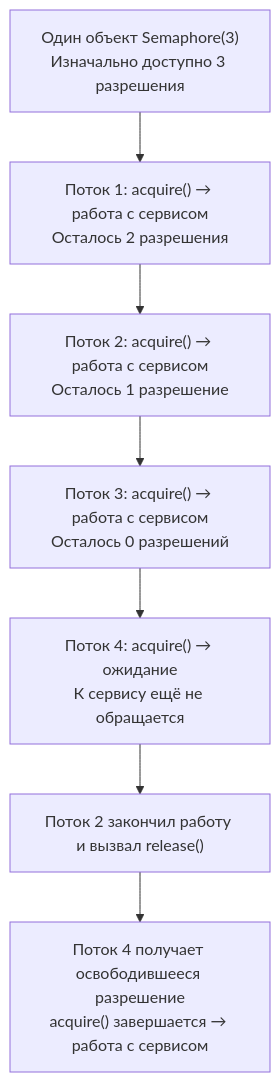
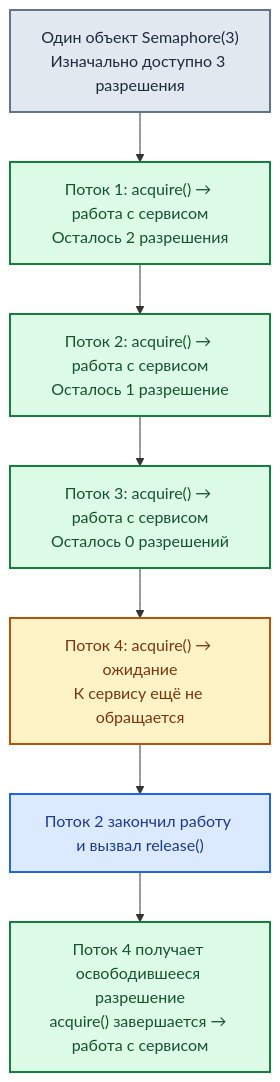
The diagram in knowledge/03-concurrency/semaphore.md (Melchiorius/backend-interview-labs), drawn with Mermaid before and after one commit. The commit also changed other lines of this file, not shown here.

Commit message:
docs: color Semaphore flowchart with four semantic Mermaid classes

````diff
--- a/knowledge/03-concurrency/semaphore.md
+++ b/knowledge/03-concurrency/semaphore.md
@@ -31,10 +31,20 @@
 ```mermaid
 flowchart TB
     A["Один объект Semaphore(3)<br/>Изначально доступно 3 разрешения"]
     A --> B["Поток 1: acquire() → работа с сервисом<br/>Осталось 2 разрешения"]
     B --> C["Поток 2: acquire() → работа с сервисом<br/>Осталось 1 разрешение"]
     C --> D["Поток 3: acquire() → работа с сервисом<br/>Осталось 0 разрешений"]
     D --> E["Поток 4: acquire() → ожидание<br/>К сервису ещё не обращается"]
     E --> F["Поток 2 закончил работу и вызвал release()"]
     F --> G["Поток 4 получает освободившееся разрешение<br/>acquire() завершается → работа с сервисом"]
+
+    classDef initial fill:#e2e8f0,stroke:#64748b,color:#1e293b,stroke-width:2px
+    classDef active fill:#dcfce7,stroke:#15803d,color:#14532d,stroke-width:2px
+    classDef waiting fill:#fef3c7,stroke:#b45309,color:#78350f,stroke-width:2px
+    classDef release fill:#dbeafe,stroke:#2563eb,color:#1e3a8a,stroke-width:2px
+
+    class A initial
+    class B,C,D,G active
+    class E waiting
+    class F release
 ```
````
